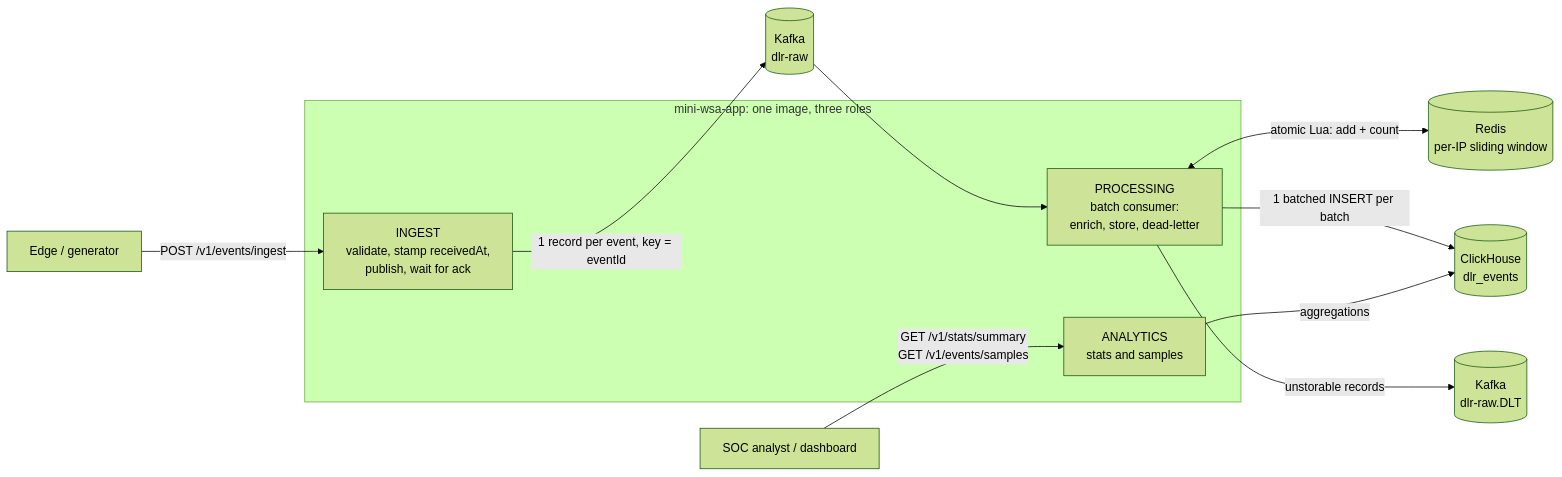
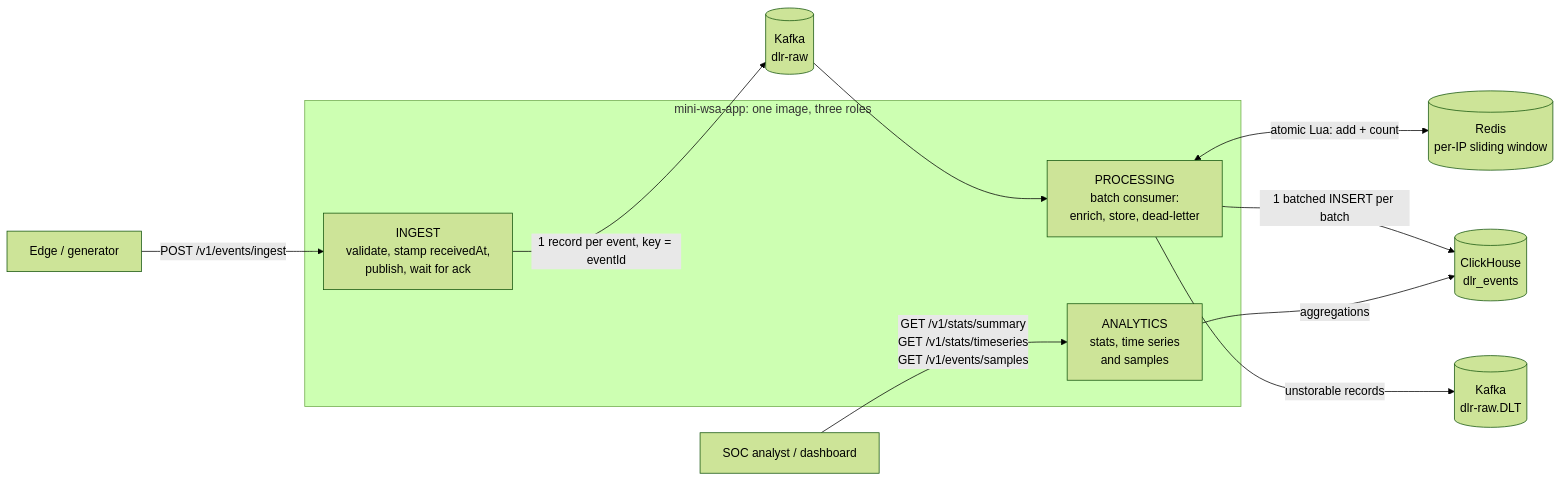
One commit to maoz3000-lrn/mini-wsa changed the diagram in README.md. Above: the diagram before and after it, drawn with Mermaid (forest theme). The commit also changed other lines of this file, not shown here.

First line of the commit message:
docs(readme): document the timeseries endpoint

````diff
--- a/README.md
+++ b/README.md
@@ -52,16 +54,16 @@
 ```mermaid
 flowchart LR
     edge[Edge / generator] -->|POST /v1/events/ingest| ingest
     subgraph app[mini-wsa-app: one image, three roles]
         ingest[INGEST<br/>validate, stamp receivedAt,<br/>publish, wait for ack]
         processing[PROCESSING<br/>batch consumer:<br/>enrich, store, dead-letter]
-        analytics[ANALYTICS<br/>stats and samples]
+        analytics[ANALYTICS<br/>stats, time series<br/>and samples]
     end
     ingest -->|1 record per event, key = eventId| raw[(Kafka<br/>dlr-raw)]
     raw --> processing
     processing <-->|atomic Lua: add + count| redis[(Redis<br/>per-IP sliding window)]
     processing -->|1 batched INSERT per batch| ch[(ClickHouse<br/>dlr_events)]
     processing -->|unstorable records| dlt[(Kafka<br/>dlr-raw.DLT)]
     analytics -->|aggregations| ch
-    analyst[SOC analyst / dashboard] -->|GET /v1/stats/summary<br/>GET /v1/events/samples| analytics
+    analyst[SOC analyst / dashboard] -->|GET /v1/stats/summary<br/>GET /v1/stats/timeseries<br/>GET /v1/events/samples| analytics
 ```
````
